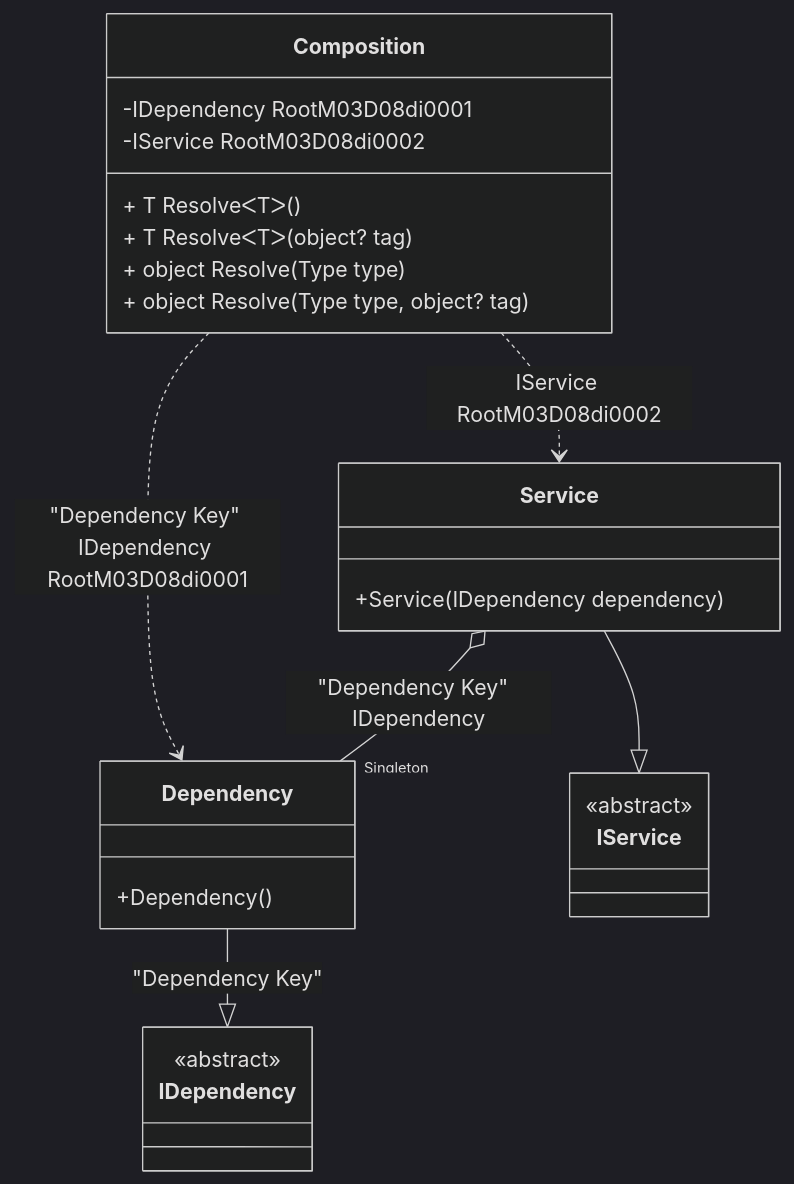
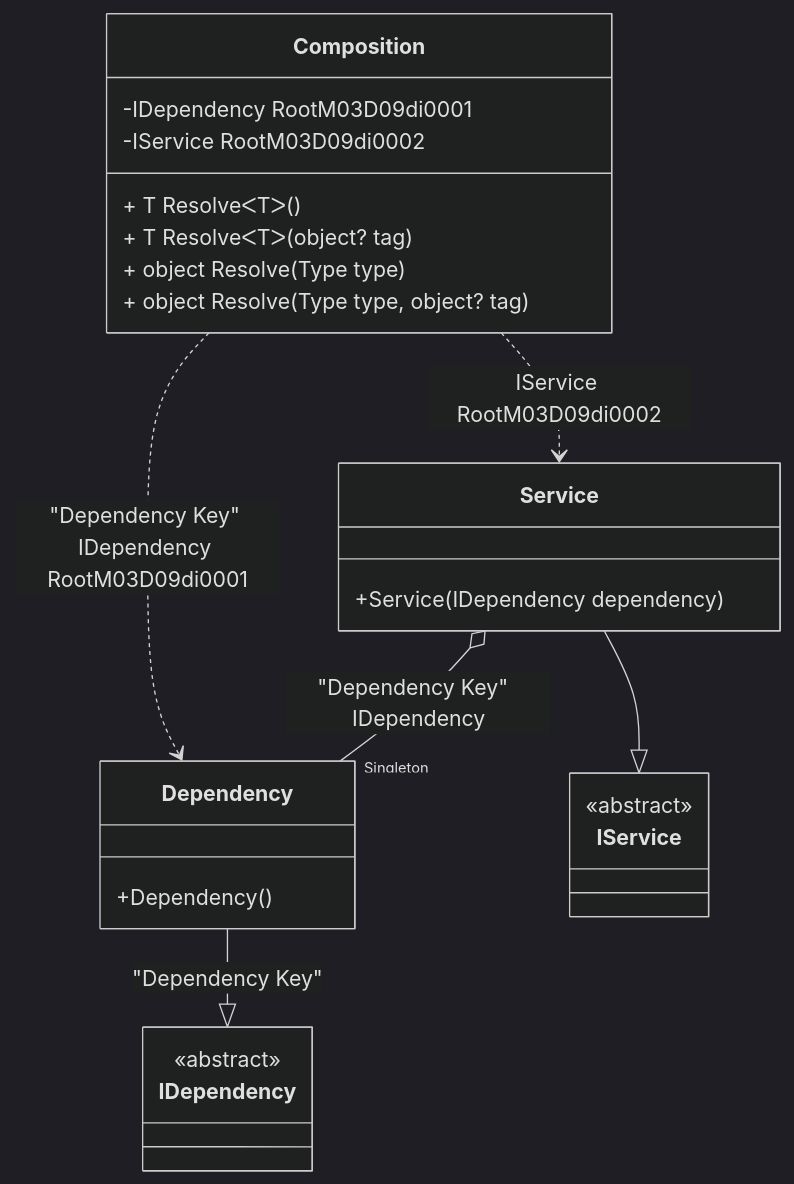
The diagram in readme/service-collection.md (DevTeam/Pure.DI), drawn with Mermaid (dark theme) before and after one commit. The commit also changed other lines of this file and 73 other files, not shown here.

````diff
--- a/readme/service-collection.md
+++ b/readme/service-collection.md
@@ -47,28 +47,28 @@
 ```mermaid
 classDiagram
   class Composition {
-    -IDependency RootM03D08di0001
-    -IService RootM03D08di0002
+    -IDependency RootM03D09di0001
+    -IService RootM03D09di0002
     + T ResolveᐸTᐳ()
     + T ResolveᐸTᐳ(object? tag)
     + object Resolve(Type type)
     + object Resolve(Type type, object? tag)
   }
   Dependency --|> IDependency : "Dependency Key" 
   class Dependency {
     +Dependency()
   }
   Service --|> IService : 
   class Service {
     +Service(IDependency dependency)
   }
   class IDependency {
     <<abstract>>
   }
   class IService {
     <<abstract>>
   }
   Service o--  "Singleton" Dependency : "Dependency Key"  IDependency
-  Composition ..> Dependency : "Dependency Key" IDependency RootM03D08di0001
-  Composition ..> Service : IService RootM03D08di0002
+  Composition ..> Dependency : "Dependency Key" IDependency RootM03D09di0001
+  Composition ..> Service : IService RootM03D09di0002
 ```
````
